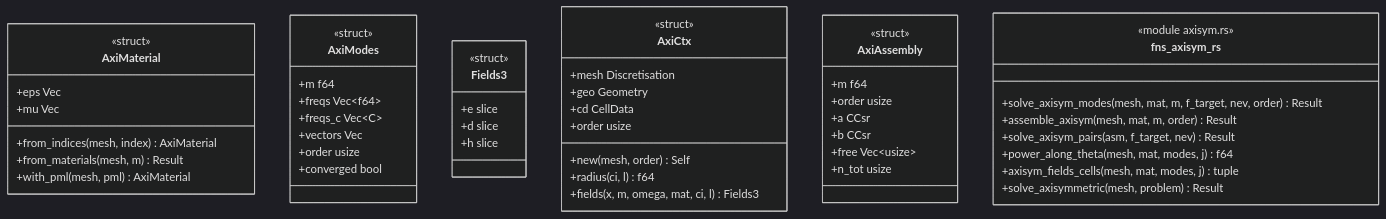
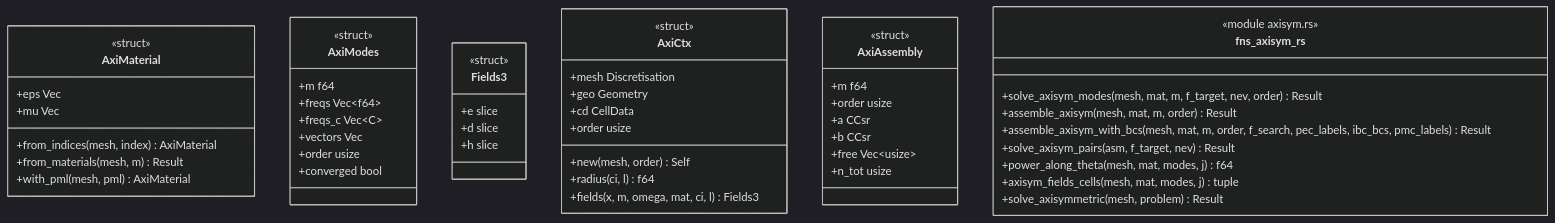
Before and after one commit to p-j-r/nyx: the diagram in docs/architecture/c4/4-code/ems/axisym.md, drawn with Mermaid (dark theme). The commit also changed other lines of this file and 208 other files, not shown here.

````diff
--- a/docs/architecture/c4/4-code/ems/axisym.md
+++ b/docs/architecture/c4/4-code/ems/axisym.md
@@ -35,54 +36,55 @@
 ```mermaid
 classDiagram
   class AxiMaterial {
       <<struct>>
       +eps Vec
       +mu Vec
       +from_indices(mesh, index) AxiMaterial
       +from_materials(mesh, m) Result
       +with_pml(mesh, pml) AxiMaterial
   }
   class AxiModes {
       <<struct>>
       +m f64
       +freqs Vec~f64~
       +freqs_c Vec~C~
       +vectors Vec
       +order usize
       +converged bool
   }
   class Fields3 {
       <<struct>>
       +e slice
       +d slice
       +h slice
   }
   class AxiCtx {
       <<struct>>
       +mesh Discretisation
       +geo Geometry
       +cd CellData
       +order usize
       +new(mesh, order) Self
       +radius(ci, l) f64
       +fields(x, m, omega, mat, ci, l) Fields3
   }
   class AxiAssembly {
       <<struct>>
       +m f64
       +order usize
       +a CCsr
       +b CCsr
       +free Vec~usize~
       +n_tot usize
   }
   class fns_axisym_rs {
       <<module axisym.rs>>
       +solve_axisym_modes(mesh, mat, m, f_target, nev, order) Result
       +assemble_axisym(mesh, mat, m, order) Result
+      +assemble_axisym_with_bcs(mesh, mat, m, order, f_search, pec_labels, ibc_bcs, pmc_labels) Result
       +solve_axisym_pairs(asm, f_target, nev) Result
       +power_along_theta(mesh, mat, modes, j) f64
       +axisym_fields_cells(mesh, mat, modes, j) tuple
       +solve_axisymmetric(mesh, problem) Result
   }
 ```
````
